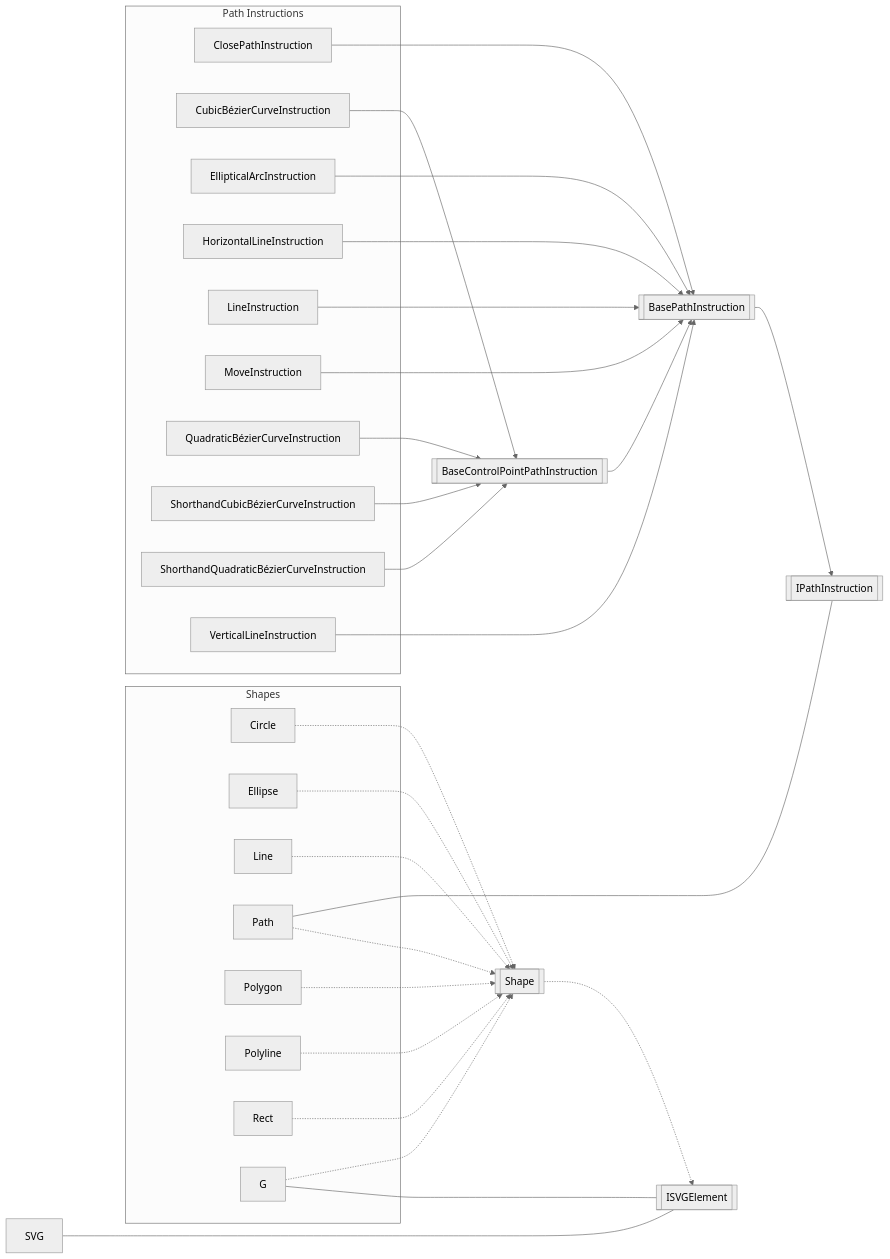
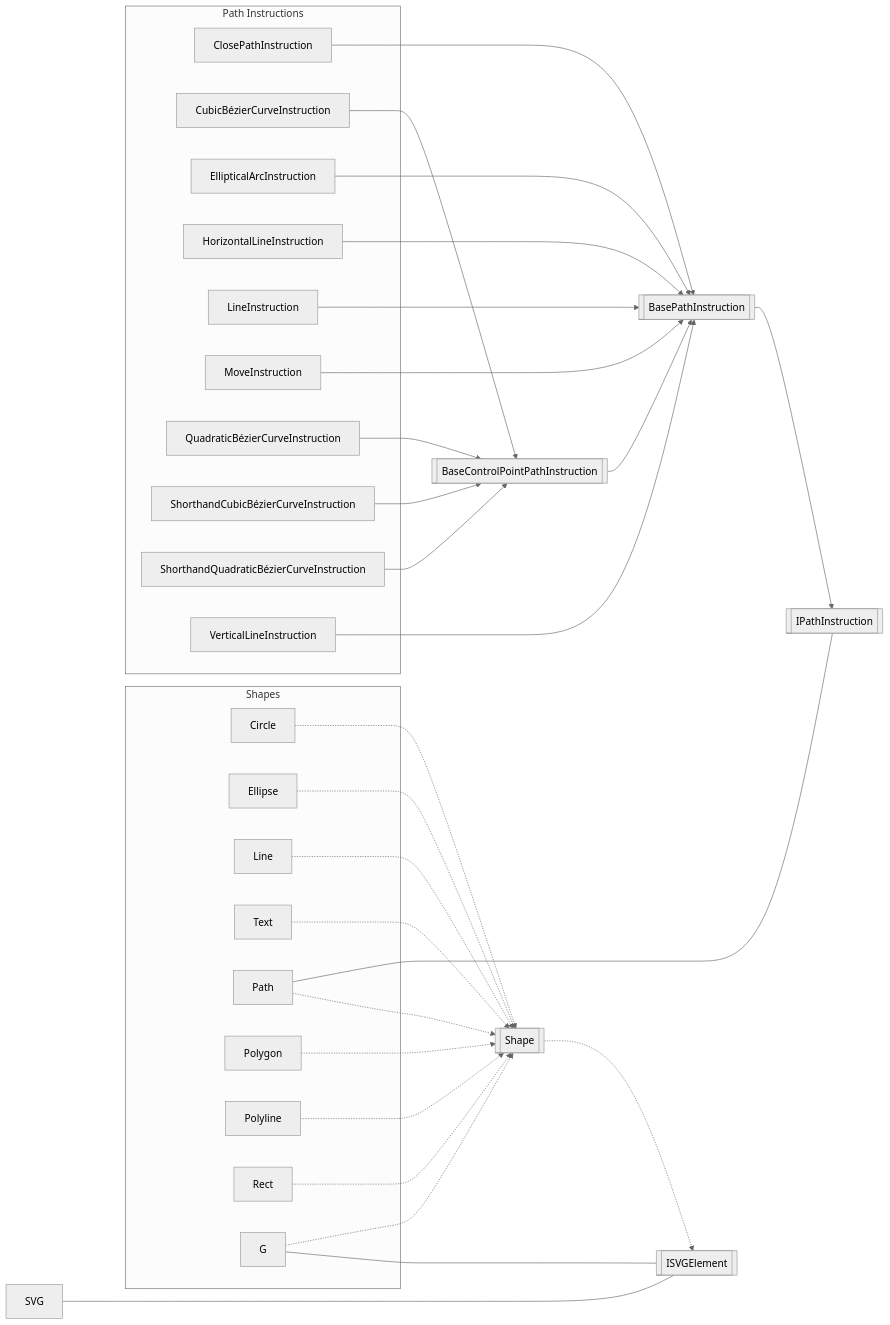
One commit to KristofferStrube/Blazor.SVGEditor changed the diagram in README.md. Above: the diagram before and after it, drawn with Mermaid (neutral theme). The commit also changed other lines of this file, not shown here.

````diff
--- a/README.md
+++ b/README.md
@@ -42,54 +42,56 @@
 ```mermaid
   graph LR;
       subgraph Shapes
       Circle
       Ellipse
       Line
+      Text
       Path
       Polygon
       Polyline
       Rect
       G
       end
       subgraph Path Instructions
       ClosePathInstruction
       CubicBézierCurveInstruction
       EllipticalArcInstruction
       HorizontalLineInstruction
       LineInstruction
       MoveInstruction
       QuadraticBézierCurveInstruction
       ShorthandCubicBézierCurveInstruction
       ShorthandQuadraticBézierCurveInstruction
       VerticalLineInstruction
       end
       ISVGElement[[ISVGElement]]
       Shape[[Shape]]
       BasePathInstruction[[BasePathInstruction]]
       BaseControlPointPathInstruction[[BaseControlPointPathInstruction]]
       IPathInstruction[[IPathInstruction]]
       Shape-.->ISVGElement;
       SVG------ISVGElement
       G---ISVGElement;
       Path-.->Shape;
       Path-----IPathInstruction
       G-.->Shape;
       Circle-.->Shape;
       Ellipse-.->Shape;
       Line-.->Shape;
+      Text-.->Shape;
       Polygon-.->Shape;
       Polyline-.->Shape;
       Rect-.->Shape;
       ClosePathInstruction-->BasePathInstruction
       CubicBézierCurveInstruction-->BaseControlPointPathInstruction
       EllipticalArcInstruction-->BasePathInstruction
       HorizontalLineInstruction-->BasePathInstruction
       LineInstruction-->BasePathInstruction
       MoveInstruction-->BasePathInstruction
       QuadraticBézierCurveInstruction-->BaseControlPointPathInstruction
       ShorthandCubicBézierCurveInstruction-->BaseControlPointPathInstruction
       ShorthandQuadraticBézierCurveInstruction-->BaseControlPointPathInstruction
       VerticalLineInstruction-->BasePathInstruction
       BaseControlPointPathInstruction-->BasePathInstruction
       BasePathInstruction-->IPathInstruction
 ```
````
